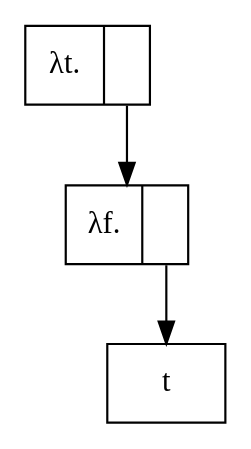
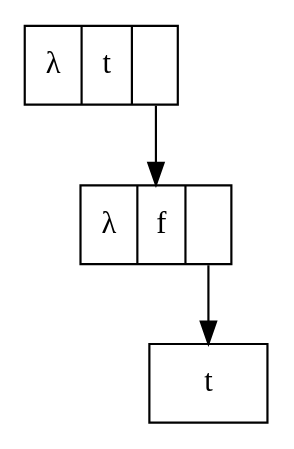
Before and after one commit to LuCEresearchlab/sound-notional-machines: the diagram in lambda/diagrams/tru.dot, drawn with Graphviz. The commit also changed 10 other files, not shown here.

```diff
--- a/lambda/diagrams/tru.dot
+++ b/lambda/diagrams/tru.dot
@@ -1,8 +1,8 @@
 digraph tru {
   margin="0,0"
-  abs1 [label="λt.|<h0>",shape=record]
-  abs2 [label="λf.|<h0>",shape=record]
+  abs1 [label="λ|t|<h0>",shape=record]
+  abs2 [label="λ|f|<h0>",shape=record]
   var [label="t",shape=rectangle]
   abs1:h0 -> abs2
   abs2:h0 -> var
 }
```
